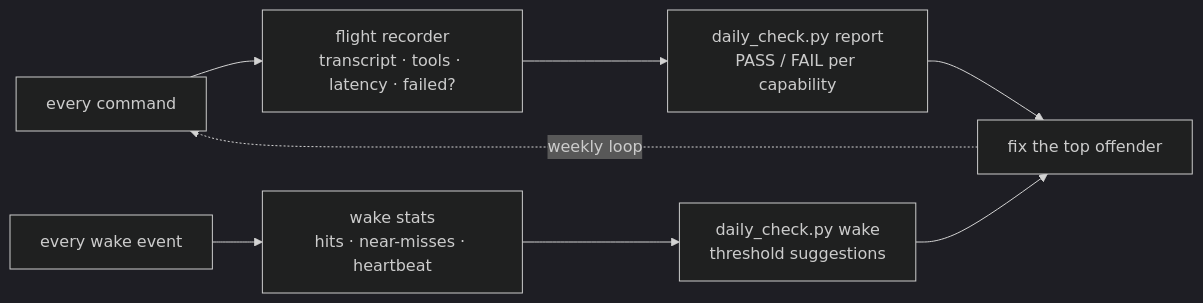
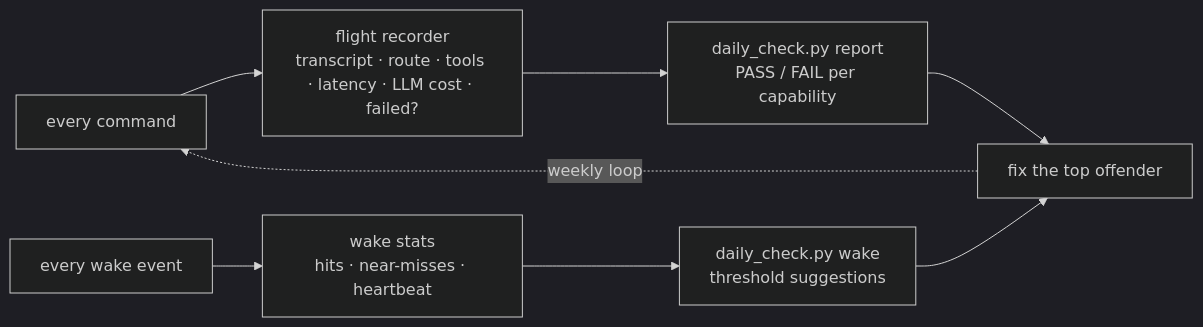
Before and after one commit to Bhanu1299/Aria: the fifth of 5 diagrams in README.md, drawn with Mermaid (dark theme). The commit also changed other lines of this file and 37 other files, not shown here.

First line of the commit message:
feat: one-path dispatcher and every LLM call through GateLLM

````diff
--- a/README.md
+++ b/README.md
@@ -181,10 +198,10 @@
 ```mermaid
 flowchart LR
-    CMD["every command"] --> FR["flight recorder<br/>transcript · tools · latency · failed?"]
+    CMD["every command"] --> FR["flight recorder<br/>transcript · route · tools · latency · LLM cost · failed?"]
     WK["every wake event"] --> WS["wake stats<br/>hits · near-misses · heartbeat"]
     FR --> DC["daily_check.py report<br/>PASS / FAIL per capability"]
     WS --> DW["daily_check.py wake<br/>threshold suggestions"]
     DC --> FIX["fix the top offender"]
     DW --> FIX
     FIX -.->|"weekly loop"| CMD
 ```
````
